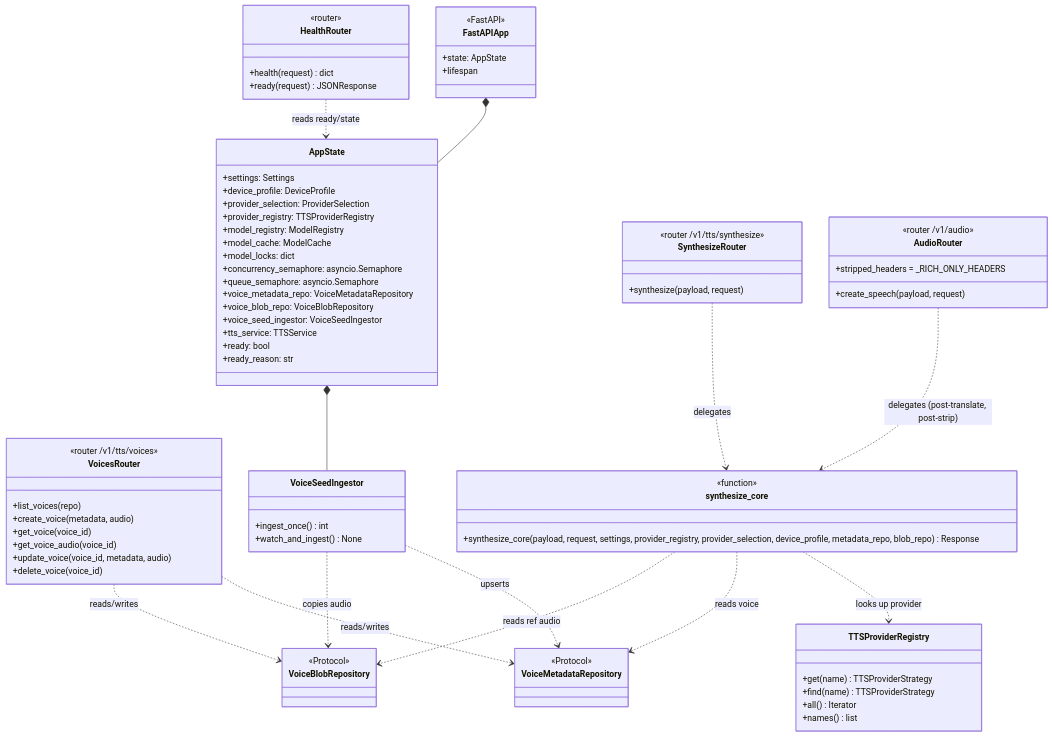
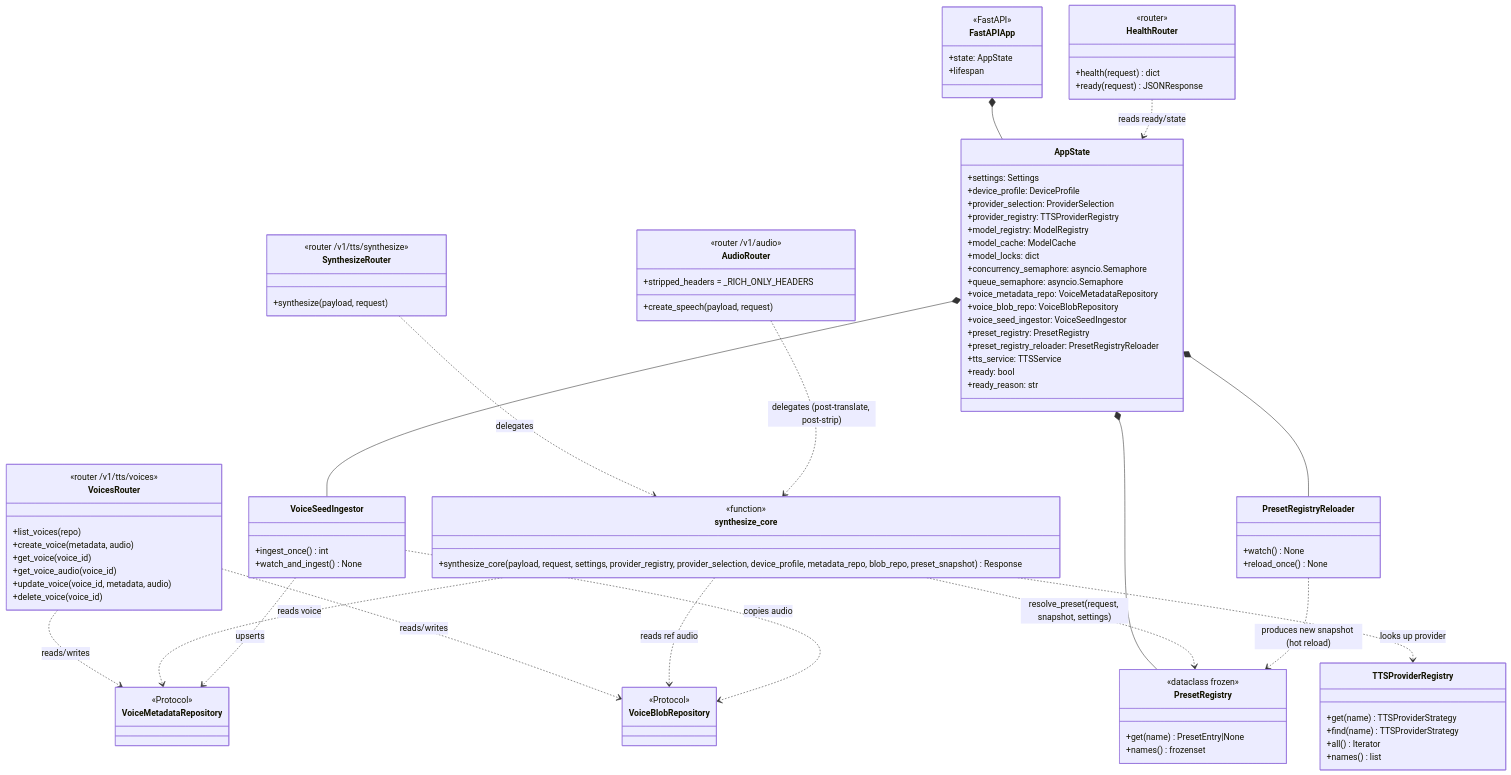
One commit to Antonio-Rinaldi/llm-tts-api changed the diagram in docs/diagrams/class/overview.md. Above: the diagram before and after it, drawn with Mermaid. The commit also changed other lines of this file and 8 other files, not shown here.

Commit message:
docs(cycle-2): HF-1 README + diagrams + OpenAPI + examples.http catch-up

```diff
--- a/docs/diagrams/class/overview.md
+++ b/docs/diagrams/class/overview.md
@@ -41,6 +41,8 @@
         +voice_metadata_repo: VoiceMetadataRepository
         +voice_blob_repo: VoiceBlobRepository
         +voice_seed_ingestor: VoiceSeedIngestor
+        +preset_registry: PresetRegistry
+        +preset_registry_reloader: PresetRegistryReloader
         +tts_service: TTSService
         +ready: bool
         +ready_reason: str
@@ -75,7 +77,18 @@
 
     class synthesize_core {
         <<function>>
-        +synthesize_core(payload, request, settings, provider_registry, provider_selection, device_profile, metadata_repo, blob_repo) Response
+        +synthesize_core(payload, request, settings, provider_registry, provider_selection, device_profile, metadata_repo, blob_repo, preset_snapshot) Response
+    }
+
+    class PresetRegistry {
+        <<dataclass frozen>>
+        +get(name) PresetEntry|None
+        +names() frozenset
+    }
+
+    class PresetRegistryReloader {
+        +watch() None
+        +reload_once() None
     }
 
     class TTSProviderRegistry {
@@ -100,6 +113,8 @@
 
     FastAPIApp *-- AppState
     AppState *-- VoiceSeedIngestor
+    AppState *-- PresetRegistry
+    AppState *-- PresetRegistryReloader
     SynthesizeRouter ..> synthesize_core : delegates
     AudioRouter ..> synthesize_core : delegates (post-translate, post-strip)
     VoicesRouter ..> VoiceMetadataRepository : reads/writes
@@ -107,6 +122,8 @@
     synthesize_core ..> TTSProviderRegistry : looks up provider
     synthesize_core ..> VoiceMetadataRepository : reads voice
     synthesize_core ..> VoiceBlobRepository : reads ref audio
+    synthesize_core ..> PresetRegistry : resolve_preset(request, snapshot, settings)
+    PresetRegistryReloader ..> PresetRegistry : produces new snapshot (hot reload)
     VoiceSeedIngestor ..> VoiceMetadataRepository : upserts
     VoiceSeedIngestor ..> VoiceBlobRepository : copies audio
     HealthRouter ..> AppState : reads ready/state
```
